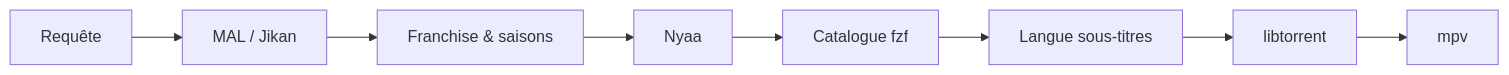
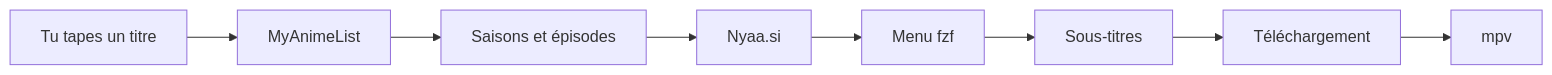
The diagram in README.md (CloudDown/annie), drawn with Mermaid before and after one commit. The commit also changed other lines of this file, not shown here.

````diff
--- a/README.md
+++ b/README.md
@@ -365,10 +422,10 @@
 ```mermaid
 flowchart LR
-    A[Requête] --> B[MAL / Jikan]
-    B --> C[Franchise & saisons]
-    C --> D[Nyaa]
-    D --> E[Catalogue fzf]
-    E --> F[Langue sous-titres]
-    F --> G[libtorrent]
+    A[Tu tapes un titre] --> B[MyAnimeList]
+    B --> C[Saisons et épisodes]
+    C --> D[Nyaa.si]
+    D --> E[Menu fzf]
+    E --> F[Sous-titres]
+    F --> G[Téléchargement]
     G --> H[mpv]
 ```
````
